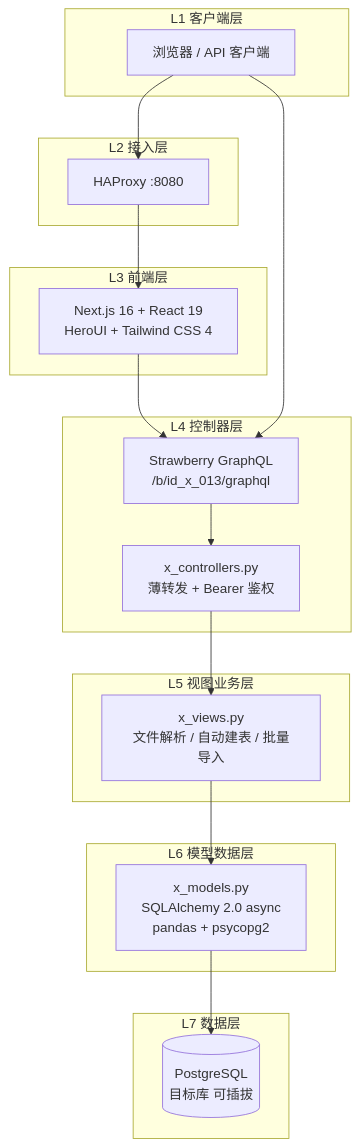
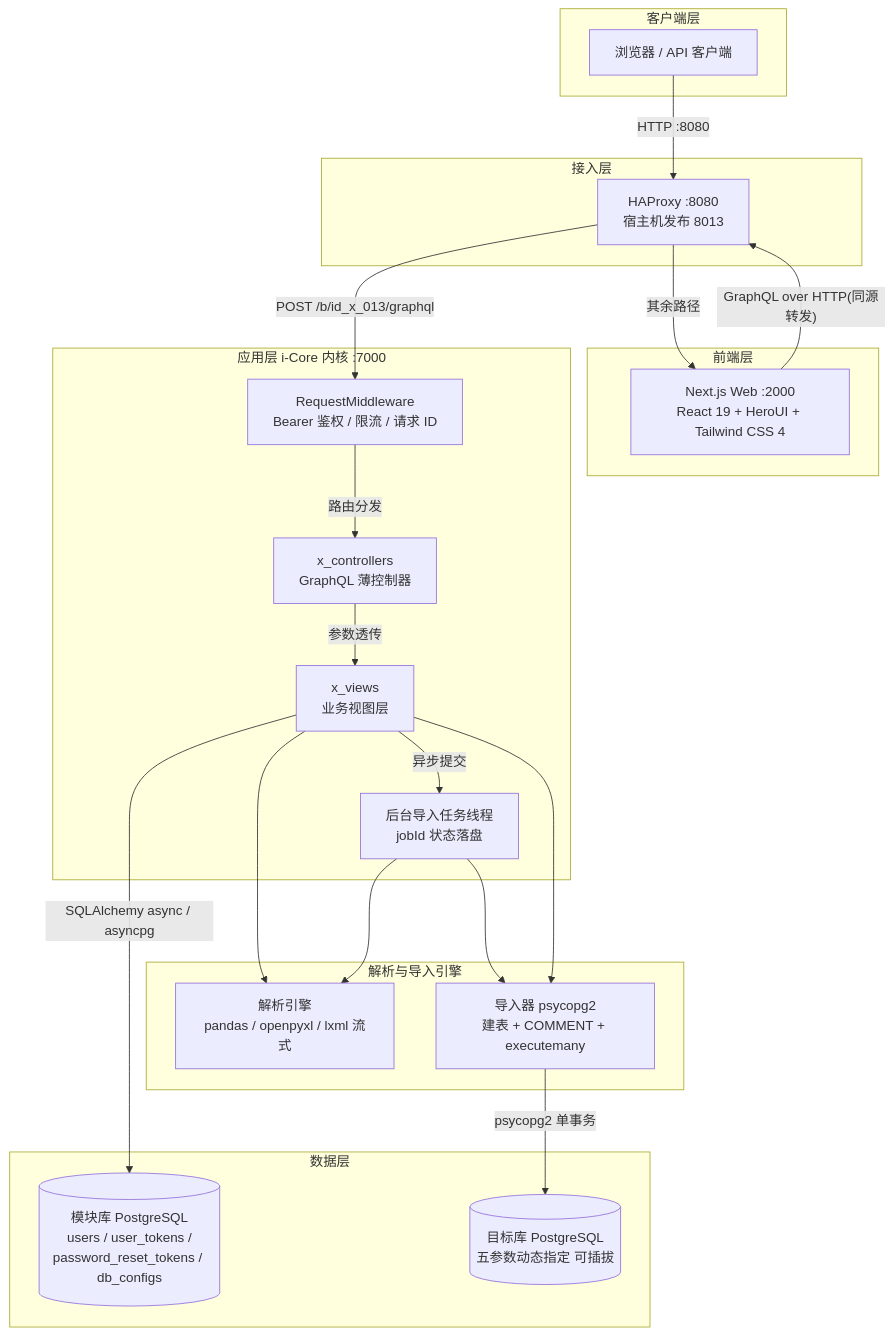
Before and after one commit to i-TorchLabs/id_x_013: the first of 2 diagrams in README.md, drawn with Mermaid. The commit also changed other lines of this file, not shown here.

````diff
--- a/README.md
+++ b/README.md
@@ -69,40 +61,45 @@
 ```mermaid
-graph TB
-    subgraph L1["L1 客户端层"]
-        Browser["浏览器 / API 客户端"]
+graph TD
+    subgraph 客户端层
+        C[浏览器 / API 客户端]
     end
 
-    subgraph L2["L2 接入层"]
-        HAProxy["HAProxy :8080"]
+    subgraph 接入层
+        H[HAProxy :8080<br/>宿主机发布 8013]
     end
 
-    subgraph L3["L3 前端层"]
-        Next["Next.js 16 + React 19<br/>HeroUI + Tailwind CSS 4"]
+    subgraph 前端层
+        W[Next.js Web :2000<br/>React 19 + HeroUI + Tailwind CSS 4]
     end
 
-    subgraph L4["L4 控制器层"]
-        Ctrl["x_controllers.py<br/>薄转发 + Bearer 鉴权"]
-        GQL["Strawberry GraphQL<br/>/b/id_x_013/graphql"]
+    subgraph 应用层 i-Core 内核 :7000
+        MW[RequestMiddleware<br/>Bearer 鉴权 / 限流 / 请求 ID]
+        CTRL[x_controllers<br/>GraphQL 薄控制器]
+        VIEW[x_views<br/>业务视图层]
+        JOB[后台导入任务线程<br/>jobId 状态落盘]
     end
 
-    subgraph L5["L5 视图业务层"]
-        View["x_views.py<br/>文件解析 / 自动建表 / 批量导入"]
+    subgraph 解析与导入引擎
+        PARSE[解析引擎<br/>pandas / openpyxl / lxml 流式]
+        IMP[导入器 psycopg2<br/>建表 + COMMENT + executemany]
     end
 
-    subgraph L6["L6 模型数据层"]
-        Model["x_models.py<br/>SQLAlchemy 2.0 async<br/>pandas + psycopg2"]
+    subgraph 数据层
+        MDB[(模块库 PostgreSQL<br/>users / user_tokens /<br/>password_reset_tokens / db_configs)]
+        TDB[(目标库 PostgreSQL<br/>五参数动态指定 可插拔)]
     end
 
-    subgraph L7["L7 数据层"]
-        PG[("PostgreSQL<br/>目标库 可插拔")]
-    end
-
-    Browser --> HAProxy
-    HAProxy --> Next
-    Next --> GQL
-    Browser --> GQL
-    GQL --> Ctrl
-    Ctrl --> View
-    View --> Model
-    Model --> PG
+    C -->|HTTP :8080| H
+    H -->|其余路径| W
+    H -->|"POST /b/id_x_013/graphql"| MW
+    W -->|"GraphQL over HTTP(同源转发)"| H
+    MW -->|路由分发| CTRL
+    CTRL -->|参数透传| VIEW
+    VIEW -->|异步提交| JOB
+    VIEW --> PARSE
+    JOB --> PARSE
+    JOB --> IMP
+    VIEW --> IMP
+    VIEW -->|SQLAlchemy async / asyncpg| MDB
+    IMP -->|psycopg2 单事务| TDB
 ```
````
